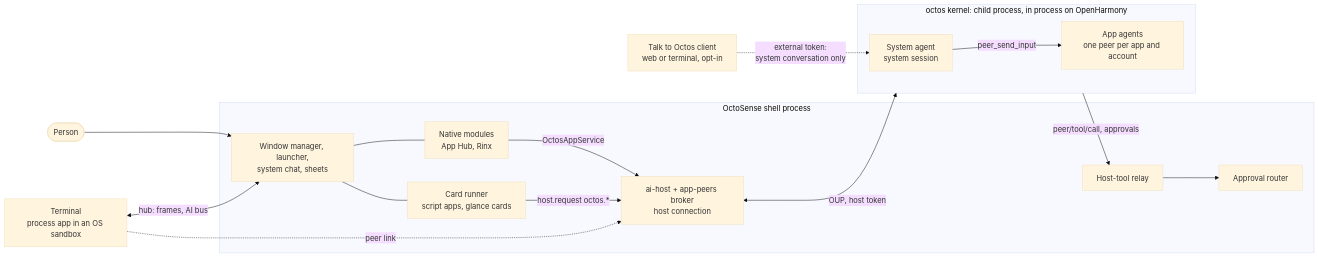
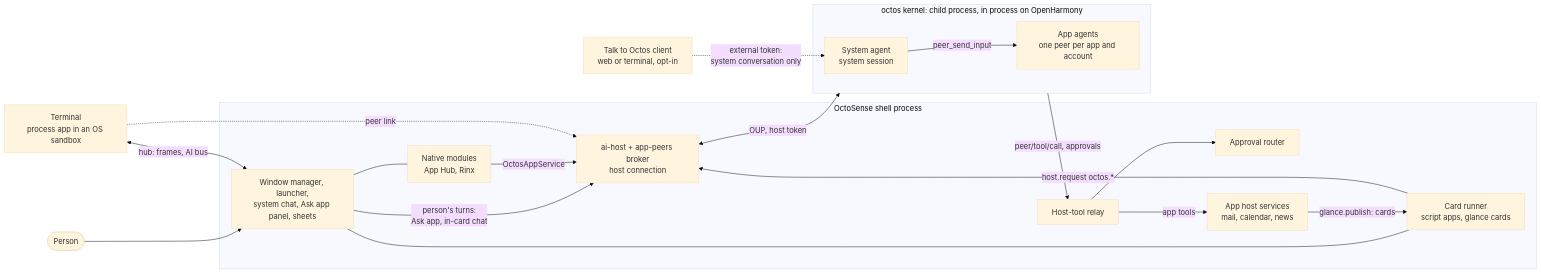
The first of 4 diagrams in README.md (OctoSense-org/OctoSense), drawn with Mermaid (base theme) before and after one commit. The commit also changed other lines of this file and 5 other files, not shown here.

First line of the commit message:
docs: redraw the README's architecture drawings (gpt-image-2)

````diff
--- a/README.md
+++ b/README.md
@@ -27,30 +27,34 @@
 ```mermaid
 flowchart LR
   person(["Person"])
   ext["Talk to Octos client<br/>web or terminal, opt-in"]
   subgraph shellp["OctoSense shell process"]
-    ui["Window manager, launcher,<br/>system chat, sheets"]
+    ui["Window manager, launcher,<br/>system chat, Ask app panel, sheets"]
     mods["Native modules<br/>App Hub, Rinx"]
     runner["Card runner<br/>script apps, glance cards"]
     aihost["ai-host + app-peers broker<br/>host connection"]
     relay["Host-tool relay"]
     router["Approval router"]
+    svc["App host services<br/>mail, calendar, news"]
   end
   term["Terminal<br/>process app in an OS sandbox"]
   subgraph kern["octos kernel: child process, in process on OpenHarmony"]
     sys["System agent<br/>system session"]
     peers["App agents<br/>one peer per app and account"]
   end
   person --> ui
   ui --- mods
   ui --- runner
+  ui -->|"person's turns:<br/>Ask app, in-card chat"| aihost
   mods -->|"OctosAppService"| aihost
   runner -->|"host.request octos.*"| aihost
   term <-->|"hub: frames, AI bus"| ui
   term -.->|"peer link"| aihost
   aihost <-->|"OUP, host token"| kern
   sys -->|"peer_send_input"| peers
   kern -->|"peer/tool/call, approvals"| relay
   relay --> router
+  relay -->|"app tools"| svc
+  svc -->|"glance.publish: cards"| runner
   ext -.->|"external token:<br/>system conversation only"| sys
 ```
````
